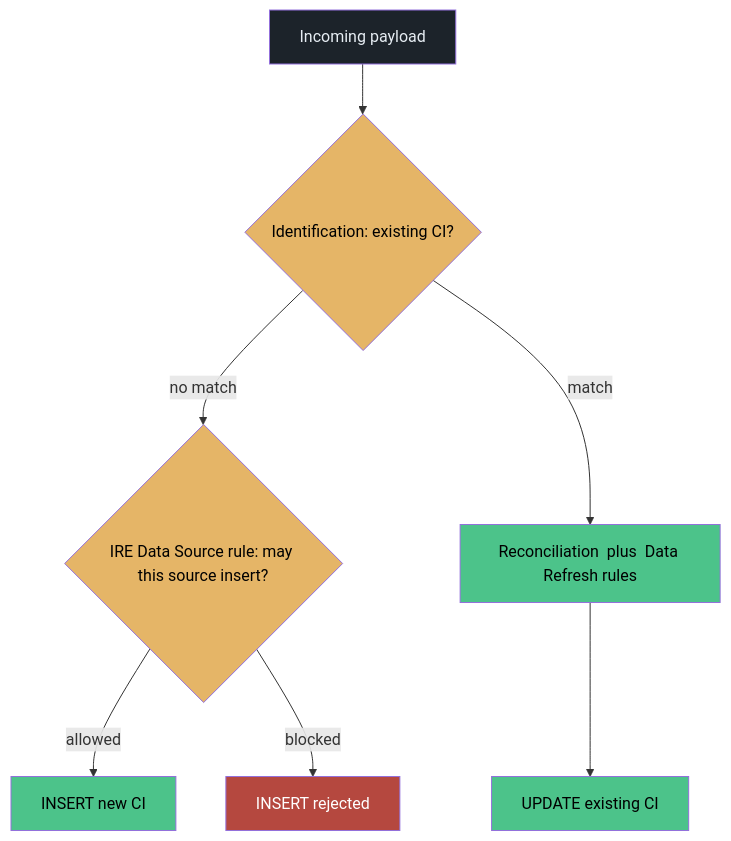
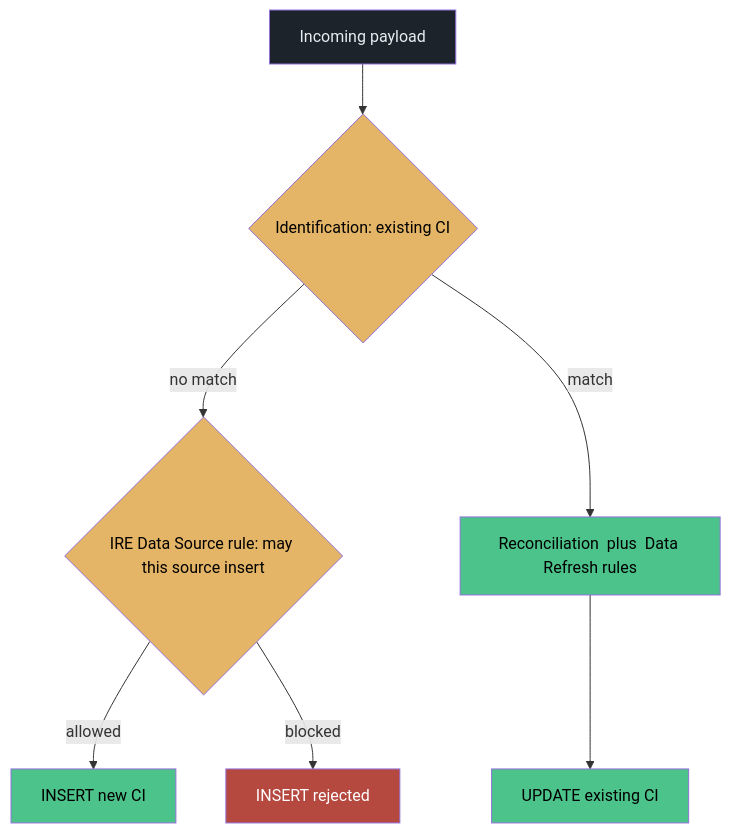
One commit to eltonaguiar/ServiceNow_Learning_TSOM-_CSM_FSM_SalesCRM_HAM_ITSM changed diagram 14 of 22 in docs/modules/cmdb/cmdb-guide.md. Above: the diagram before and after it, drawn with Mermaid. The commit also changed other lines of this file and 19 other files, not shown here.

First line of the commit message:
Fix Mermaid diagram syntax errors - replace problematic chars in text content only

````diff
--- a/docs/modules/cmdb/cmdb-guide.md
+++ b/docs/modules/cmdb/cmdb-guide.md
@@ -1407,18 +1407,18 @@
 ```mermaid
 flowchart TD
-    IN[Incoming payload] --> ID{Identification: existing CI?}
-    ID -->|no match| DS{IRE Data Source rule: may this source insert?}
+    IN[Incoming payload] --> ID{Identification: existing CI}
+    ID -->|no match| DS{IRE Data Source rule: may this source insert}
     ID -->|match| REC[Reconciliation  plus  Data Refresh rules]
     DS -->|allowed| NEW[INSERT new CI]
     DS -->|blocked| REJ[INSERT rejected]
     REC --> UPD[UPDATE existing CI]
 
     style IN fill:#1c232a,color:#e6edf3
     style ID fill:#e5b567,color:#000
     style DS fill:#e5b567,color:#000
     style REC fill:#4cc38a,color:#000
     style NEW fill:#4cc38a,color:#000
     style REJ fill:#b5483f,color:#fff
     style UPD fill:#4cc38a,color:#000
 
 ```
````
